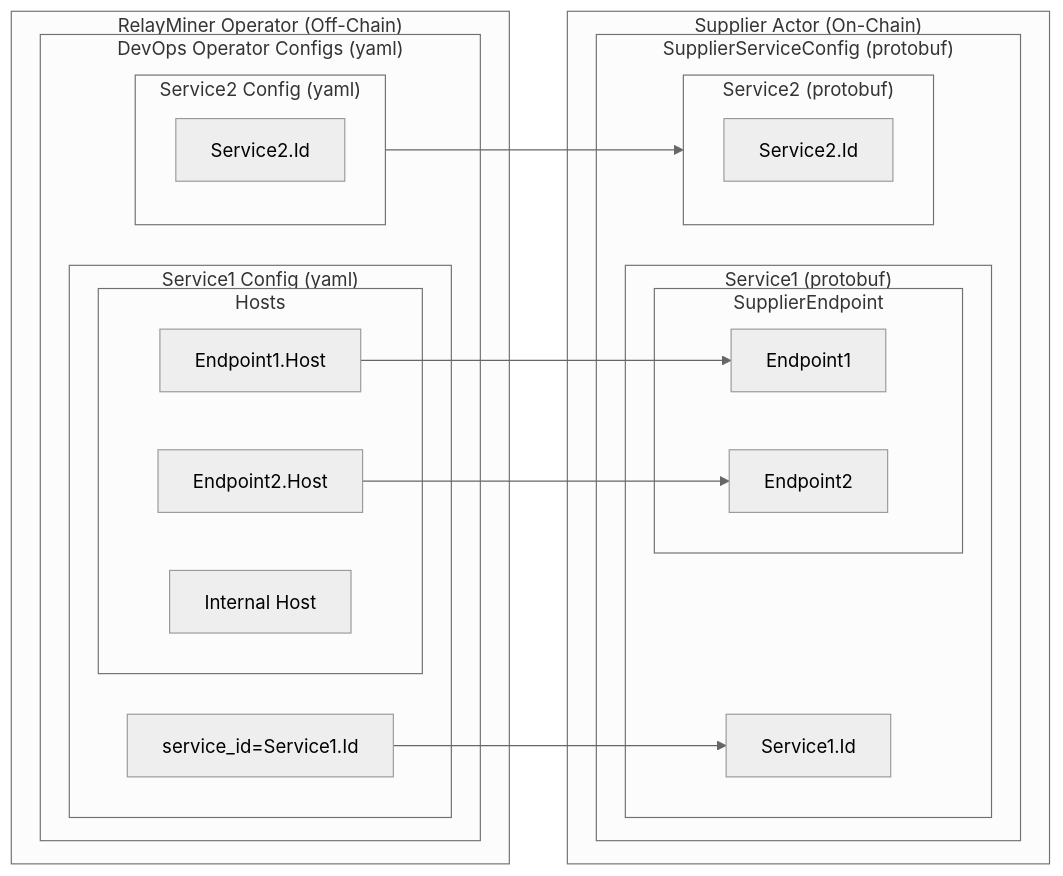
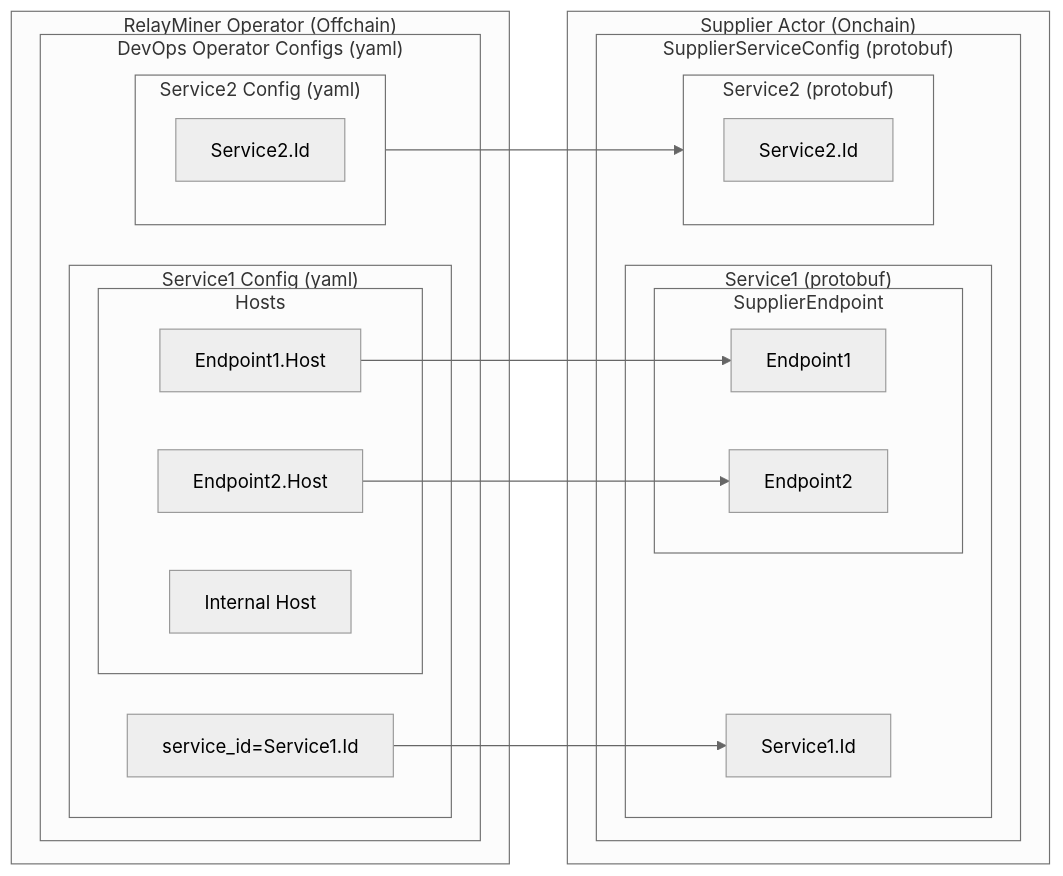
The first of 3 diagrams in docusaurus/docs/operate/configs/relayminer_config.md (pokt-network/poktroll), drawn with Mermaid (neutral theme) before and after one commit. The commit also changed other lines of this file and 152 other files, not shown here.

Commit message:
chore: Replace on/off-chain with on/offchain

````diff
--- a/docusaurus/docs/operate/configs/relayminer_config.md
+++ b/docusaurus/docs/operate/configs/relayminer_config.md
@@ -59,36 +59,36 @@
 ```mermaid
 flowchart LR
 
-subgraph "Supplier Actor (On-Chain)"
+subgraph "Supplier Actor (Onchain)"
   subgraph "SupplierServiceConfig (protobuf)"
     subgraph svc1["Service1 (protobuf)"]
       svc1Id[Service1.Id]
       subgraph SupplierEndpoint
         EP1[Endpoint1]
         EP2[Endpoint2]
       end
     end
     subgraph svc2 ["Service2 (protobuf)"]
       svc2Id[Service2.Id]
     end
   end
 end
 
-subgraph "RelayMiner Operator (Off-Chain)"
+subgraph "RelayMiner Operator (Offchain)"
   subgraph "DevOps Operator Configs (yaml)"
     subgraph svc1Config ["Service1 Config (yaml)"]
       svc1IdConfig[service_id=Service1.Id]-->svc1Id
       subgraph Hosts
         H1[Endpoint1.Host]-->EP1
         H2[Endpoint2.Host]-->EP2
         H3[Internal Host]
       end
     end
     subgraph svc2Config ["Service2 Config (yaml)"]
       svc2IdConfig[Service2.Id]
     end
   end
 end
 
 svc2Config-->svc2
 ```
````
